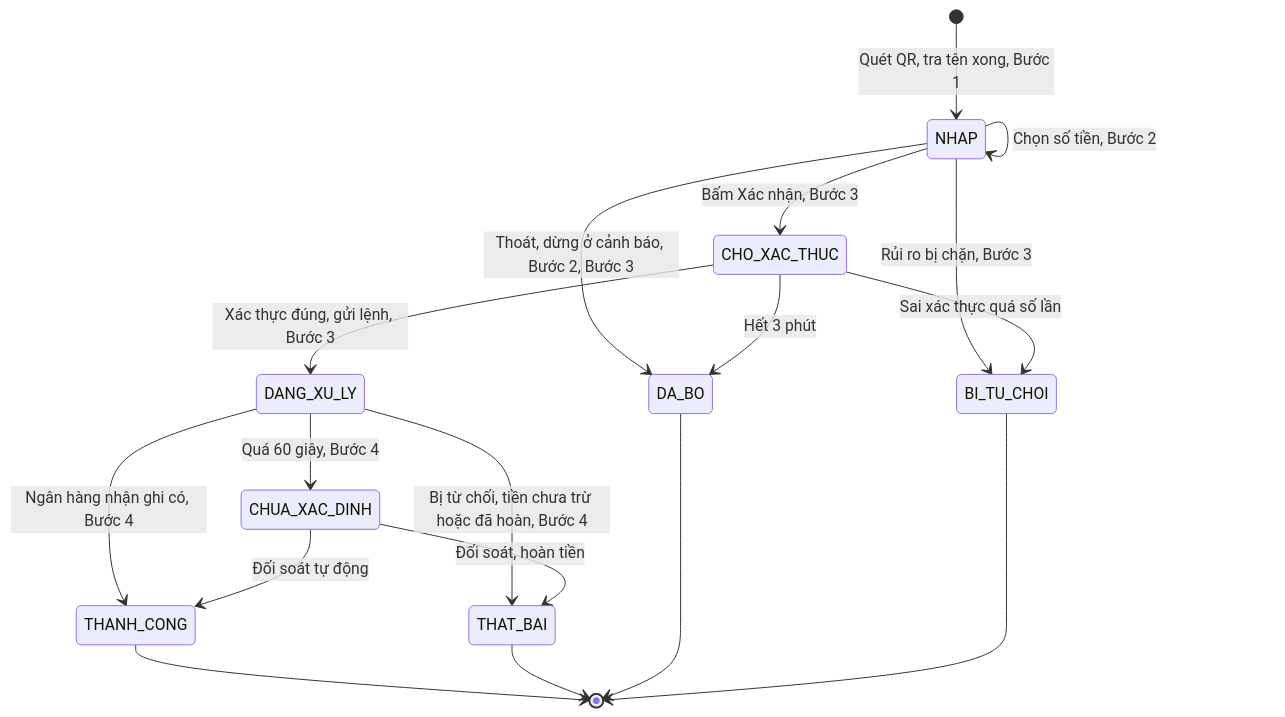
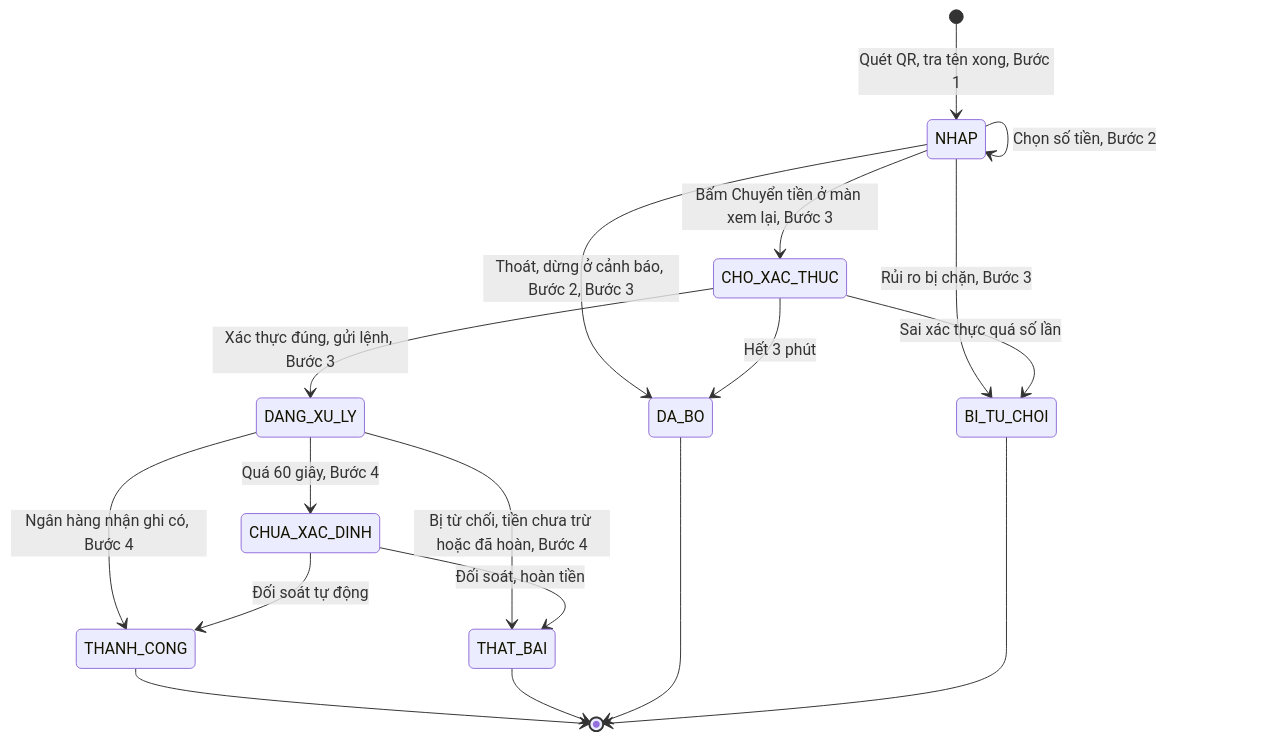
Before and after one commit to uxfoundation-vn/de04-chuyen-khoan-qr: the second of 3 diagrams in README.md, drawn with Mermaid. The commit also changed other lines of this file and 2 other files, not shown here.

First line of the commit message:
Đề 4: bấm Xác nhận ở màn chọn số tiền rồi mới xem lại giao dịch

````diff
--- a/README.md
+++ b/README.md
@@ -39,20 +39,20 @@
 ```mermaid
 stateDiagram-v2
   [*] --> NHAP : Quét QR, tra tên xong, Bước 1
   NHAP --> NHAP : Chọn số tiền, Bước 2
   NHAP --> DA_BO : Thoát, dừng ở cảnh báo, Bước 2, Bước 3
   NHAP --> BI_TU_CHOI : Rủi ro bị chặn, Bước 3
-  NHAP --> CHO_XAC_THUC : Bấm Xác nhận, Bước 3
+  NHAP --> CHO_XAC_THUC : Bấm Chuyển tiền ở màn xem lại, Bước 3
   CHO_XAC_THUC --> DA_BO : Hết 3 phút
   CHO_XAC_THUC --> BI_TU_CHOI : Sai xác thực quá số lần
   CHO_XAC_THUC --> DANG_XU_LY : Xác thực đúng, gửi lệnh, Bước 3
   DANG_XU_LY --> THANH_CONG : Ngân hàng nhận ghi có, Bước 4
   DANG_XU_LY --> THAT_BAI : Bị từ chối, tiền chưa trừ hoặc đã hoàn, Bước 4
   DANG_XU_LY --> CHUA_XAC_DINH : Quá 60 giây, Bước 4
   CHUA_XAC_DINH --> THANH_CONG : Đối soát tự động
   CHUA_XAC_DINH --> THAT_BAI : Đối soát, hoàn tiền
   THANH_CONG --> [*]
   THAT_BAI --> [*]
   DA_BO --> [*]
   BI_TU_CHOI --> [*]
 ```
````
